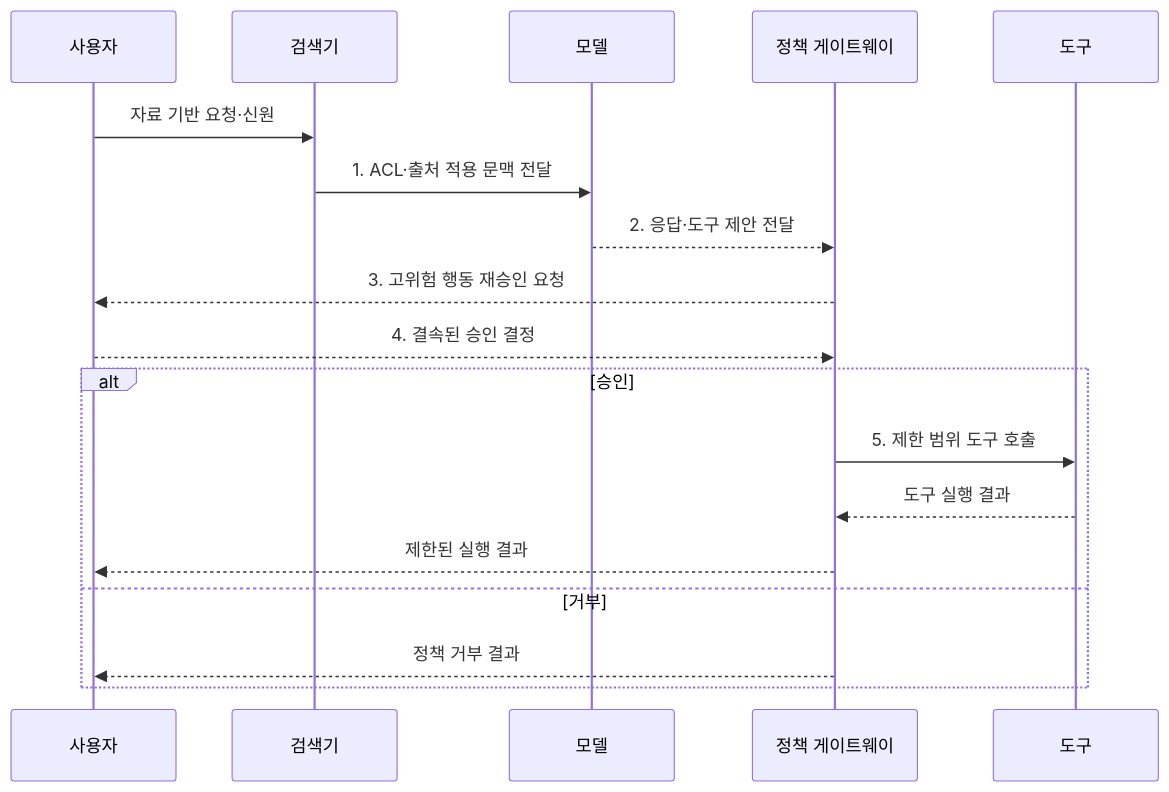
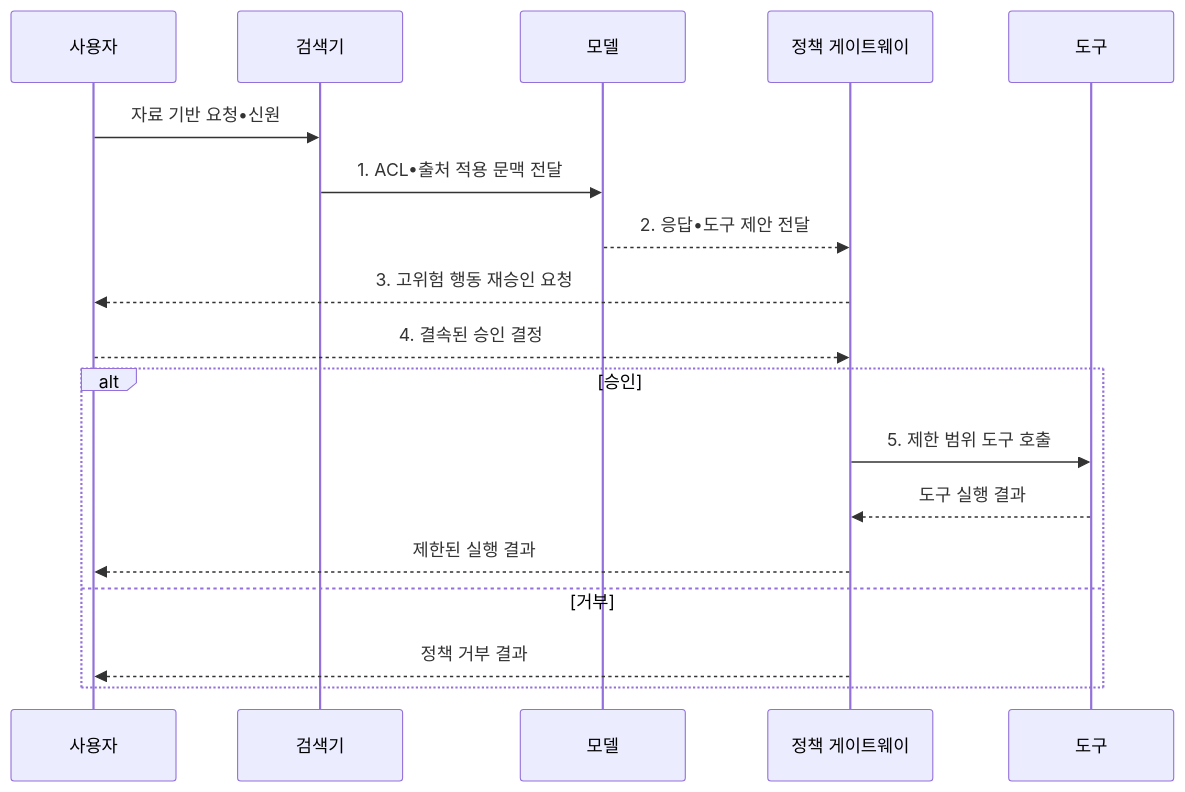
The second of 2 diagrams in src/content/docs/notes/05-security/080_indirect_prompt_injection.md (agnusdei1207/knowledge-base), drawn with Mermaid before and after one commit. The commit also changed other lines of this file and 953 other files, not shown here.

````diff
--- a/src/content/docs/notes/05-security/080_indirect_prompt_injection.md
+++ b/src/content/docs/notes/05-security/080_indirect_prompt_injection.md
@@ -100,20 +100,20 @@
 ```mermaid
 sequenceDiagram
     participant U as 사용자
     participant R as 검색기
     participant M as 모델
     participant G as 정책 게이트웨이
     participant T as 도구
-    U->>R: 자료 기반 요청·신원
-    R->>M: 1. ACL·출처 적용 문맥 전달
-    M-->>G: 2. 응답·도구 제안 전달
+    U->>R: 자료 기반 요청•신원
+    R->>M: 1. ACL•출처 적용 문맥 전달
+    M-->>G: 2. 응답•도구 제안 전달
     G-->>U: 3. 고위험 행동 재승인 요청
     U-->>G: 4. 결속된 승인 결정
     alt 승인
         G->>T: 5. 제한 범위 도구 호출
         T-->>G: 도구 실행 결과
         G-->>U: 제한된 실행 결과
     else 거부
         G-->>U: 정책 거부 결과
     end
 ```
````
